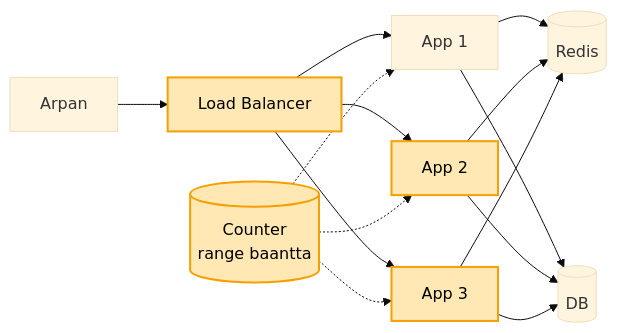
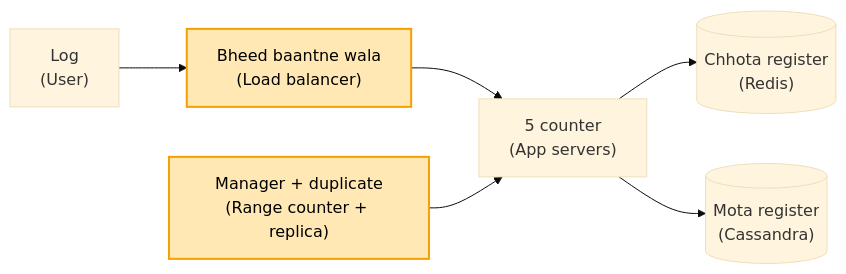
The third of 4 diagrams in 04_HLD/SYSTEM_DESIGNS/01_url_shortener/01_url_shortener.md (ArpanMaheshwari144/Prep), drawn with Mermaid (base theme) before and after one commit. The commit also changed other lines of this file and 13 other files, not shown here.

````diff
--- a/04_HLD/SYSTEM_DESIGNS/01_url_shortener/01_url_shortener.md
+++ b/04_HLD/SYSTEM_DESIGNS/01_url_shortener/01_url_shortener.md
@@ -172,12 +91,10 @@
 ```mermaid
 flowchart LR
-    U["Arpan"] --> LB["Load Balancer"]
-    LB --> S1["App 1"] & S2["App 2"] & S3["App 3"]
-    S1 & S2 & S3 --> R[("Redis")]
-    S1 & S2 & S3 --> D[("DB")]
-    C[("Counter<br/>range baantta")] -.-> S1 & S2 & S3
+    U["Log<br/>(User)"] --> LB["Bheed baantne wala<br/>(Load balancer)"]
+    LB --> C["5 counter<br/>(App servers)"]
+    M["Manager + duplicate<br/>(Range counter + replica)"] --> C
+    C --> R[("Chhota register<br/>(Redis)")]
+    C --> D[("Mota register<br/>(Cassandra)")]
     style LB fill:#ffe8b3,stroke:#f59f00,stroke-width:2px,color:#000
-    style S2 fill:#ffe8b3,stroke:#f59f00,stroke-width:2px,color:#000
-    style S3 fill:#ffe8b3,stroke:#f59f00,stroke-width:2px,color:#000
-    style C fill:#ffe8b3,stroke:#f59f00,stroke-width:2px,color:#000
+    style M fill:#ffe8b3,stroke:#f59f00,stroke-width:2px,color:#000
 ```
````
